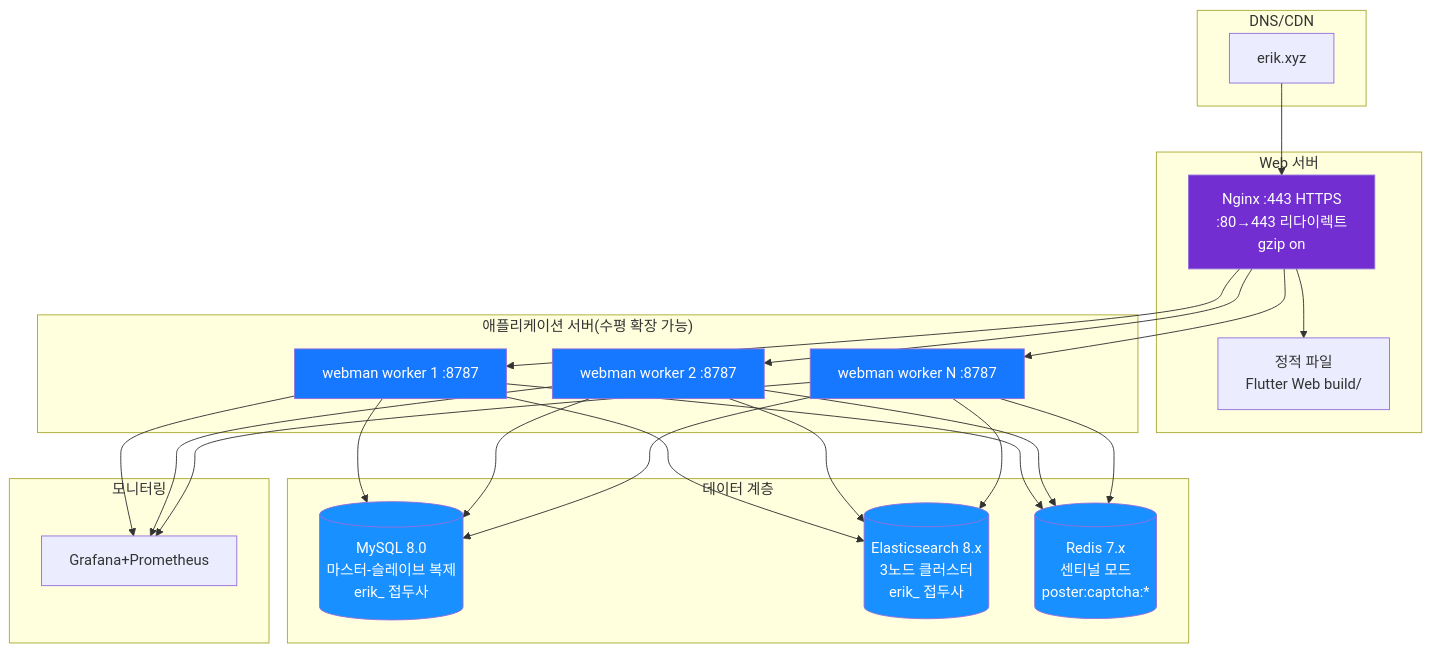
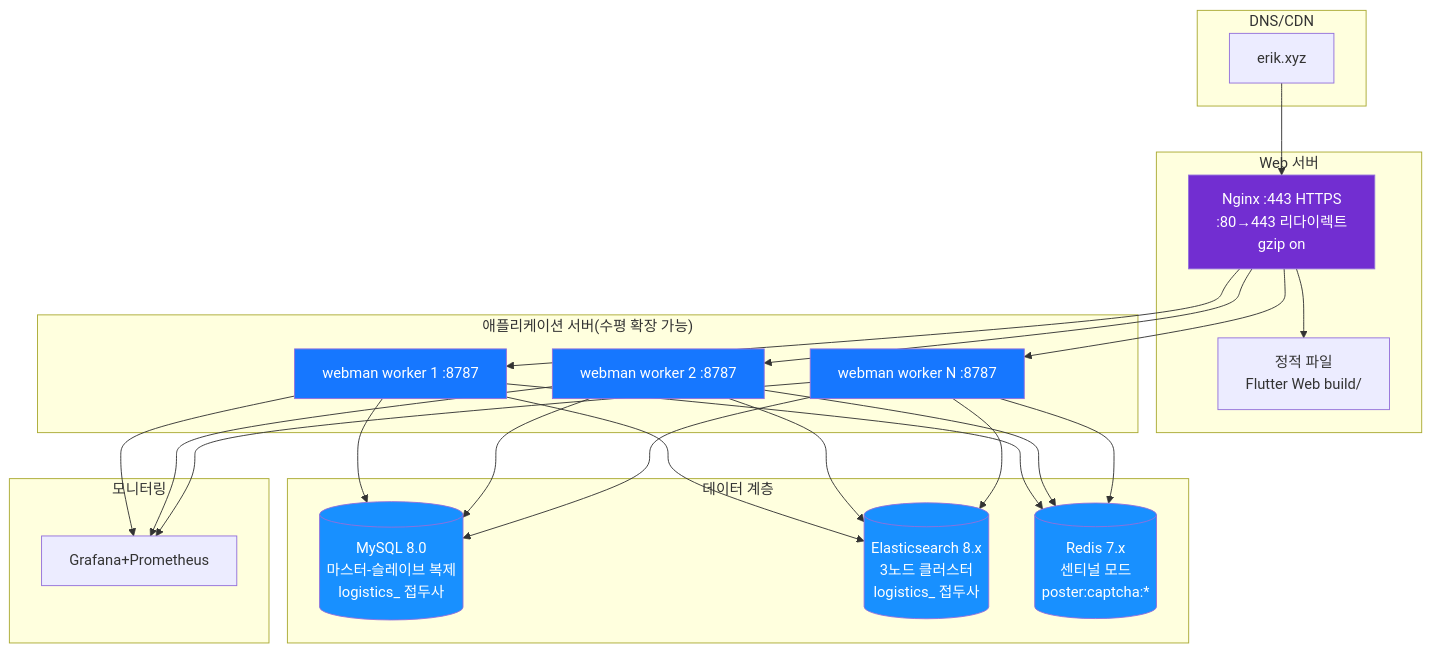
The diagram in admin/docs/diagrams/12-deployment.ko.md (erikwang2013/integrated-global-logistics), drawn with Mermaid before and after one commit. The commit also changed 211 other files, not shown here.

````diff
--- a/admin/docs/diagrams/12-deployment.ko.md
+++ b/admin/docs/diagrams/12-deployment.ko.md
@@ -7,45 +7,45 @@
 ```mermaid
 flowchart TB
     subgraph dns["DNS/CDN"]
         domain["erik.xyz"]
     end
 
     subgraph web["Web 서버"]
         nginx["Nginx :443 HTTPS<br/>:80→443 리다이렉트<br/>gzip on"]
         static["정적 파일<br/>Flutter Web build/"]
     end
 
     subgraph app["애플리케이션 서버(수평 확장 가능)"]
         wm1["webman worker 1 :8787"]
         wm2["webman worker 2 :8787"]
         wm3["webman worker N :8787"]
     end
 
     subgraph data["데이터 계층"]
-        mysql[("MySQL 8.0<br/>마스터-슬레이브 복제<br/>erik_ 접두사")]
-        es[("Elasticsearch 8.x<br/>3노드 클러스터<br/>erik_ 접두사")]
+        mysql[("MySQL 8.0<br/>마스터-슬레이브 복제<br/>logistics_ 접두사")]
+        es[("Elasticsearch 8.x<br/>3노드 클러스터<br/>logistics_ 접두사")]
         redis[("Redis 7.x<br/>센티널 모드<br/>poster:captcha:*")]
     end
 
     subgraph monitor["모니터링"]
         grafana["Grafana+Prometheus"]
     end
 
     domain --> nginx
     nginx --> static
     nginx --> wm1
     nginx --> wm2
     nginx --> wm3
     wm1 & wm2 & wm3 --> mysql
     wm1 & wm2 & wm3 --> es
     wm1 & wm2 & wm3 --> redis
     wm1 & wm2 & wm3 --> grafana
 
     style nginx fill:#722ED1,color:#fff
     style wm1 fill:#1677FF,color:#fff
     style wm2 fill:#1677FF,color:#fff
     style wm3 fill:#1677FF,color:#fff
     style mysql fill:#1890FF,color:#fff
     style es fill:#1890FF,color:#fff
     style redis fill:#1890FF,color:#fff
 ```
````
